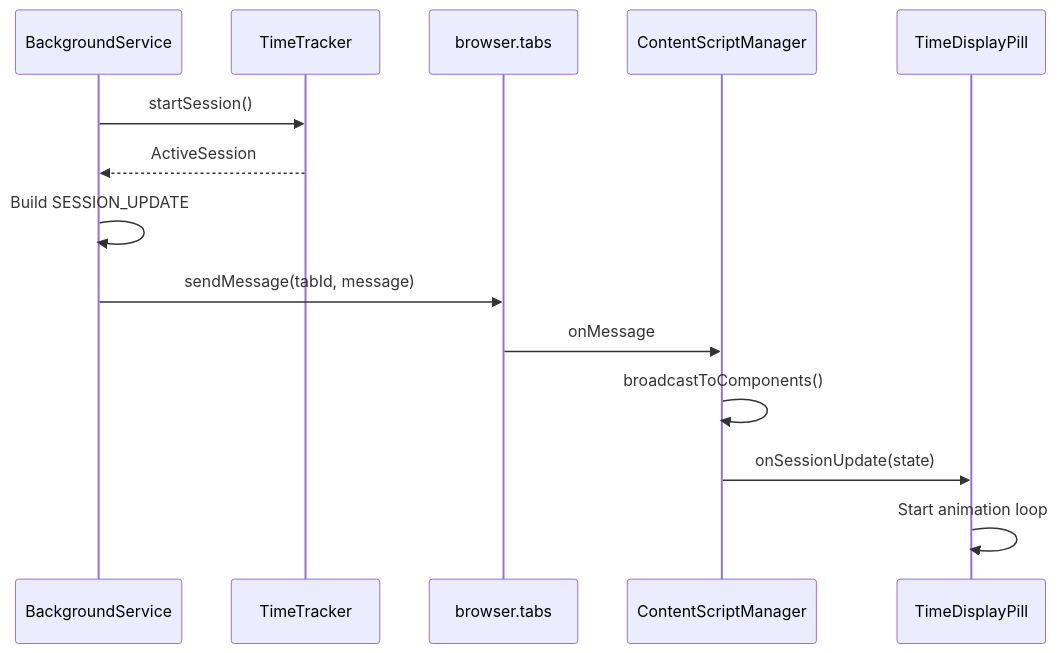
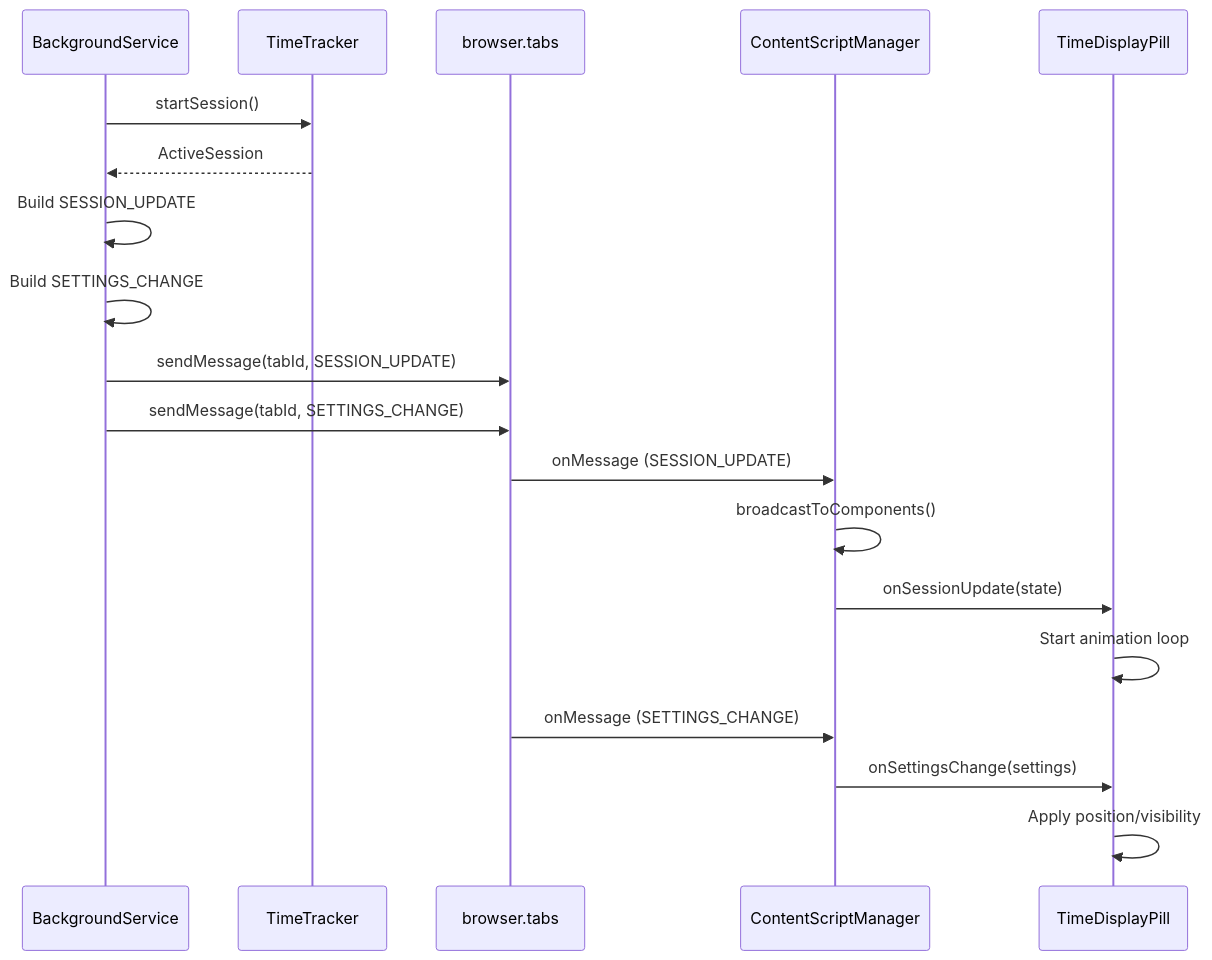
The eighth of 11 diagrams in docs/architecture-dataflow.md (JayDosunmu/web-time-tracker), drawn with Mermaid before and after one commit. The commit also changed other lines of this file and 8 other files, not shown here.

````diff
--- a/docs/architecture-dataflow.md
+++ b/docs/architecture-dataflow.md
@@ -371,17 +373,22 @@
 ```mermaid
 sequenceDiagram
     participant BS as BackgroundService
     participant TT as TimeTracker
     participant RT as browser.tabs
     participant CS as ContentScriptManager
     participant TDP as TimeDisplayPill
 
     BS->>TT: startSession()
     TT-->>BS: ActiveSession
     BS->>BS: Build SESSION_UPDATE
-    BS->>RT: sendMessage(tabId, message)
-    RT->>CS: onMessage
+    BS->>BS: Build SETTINGS_CHANGE
+    BS->>RT: sendMessage(tabId, SESSION_UPDATE)
+    BS->>RT: sendMessage(tabId, SETTINGS_CHANGE)
+    RT->>CS: onMessage (SESSION_UPDATE)
     CS->>CS: broadcastToComponents()
     CS->>TDP: onSessionUpdate(state)
     TDP->>TDP: Start animation loop
+    RT->>CS: onMessage (SETTINGS_CHANGE)
+    CS->>TDP: onSettingsChange(settings)
+    TDP->>TDP: Apply position/visibility
 ```
````
